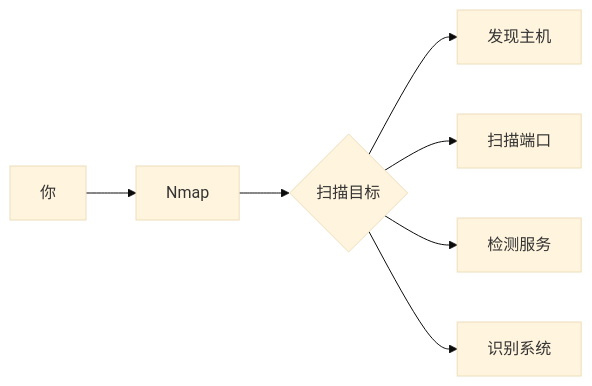
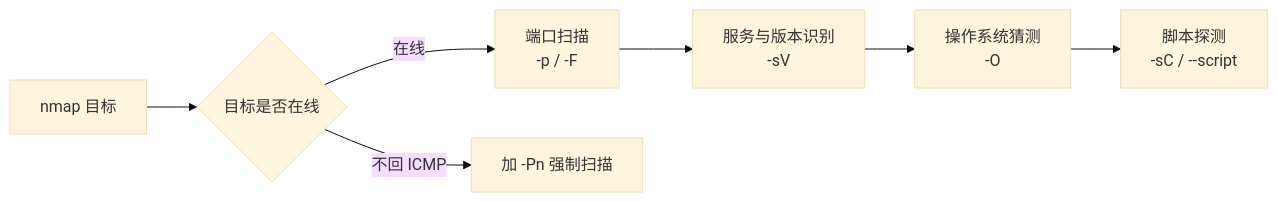
One commit to before80/prgms changed the second of 3 diagrams in content/linux/safe_test/Chapter-71-Information-Gathering.md. Above: the diagram before and after it, drawn with Mermaid (base theme). The commit also changed other lines of this file and 1645 other files, not shown here.

````diff
--- a/content/linux/safe_test/Chapter-71-Information-Gathering.md
+++ b/content/linux/safe_test/Chapter-71-Information-Gathering.md
@@ -20,9 +52,9 @@
 ```mermaid
 graph LR
-    A[你] --> B[Nmap]
-    B --> C{扫描目标}
-    C --> D[发现主机]
-    C --> E[扫描端口]
-    C --> F[检测服务]
-    C --> G[识别系统]
+    A[nmap 目标] --> B{目标是否在线}
+    B -->|在线| C[端口扫描<br/>-p / -F]
+    B -->|不回 ICMP| D[加 -Pn 强制扫描]
+    C --> E[服务与版本识别<br/>-sV]
+    E --> F[操作系统猜测<br/>-O]
+    F --> G[脚本探测<br/>-sC / --script]
 ```
````
